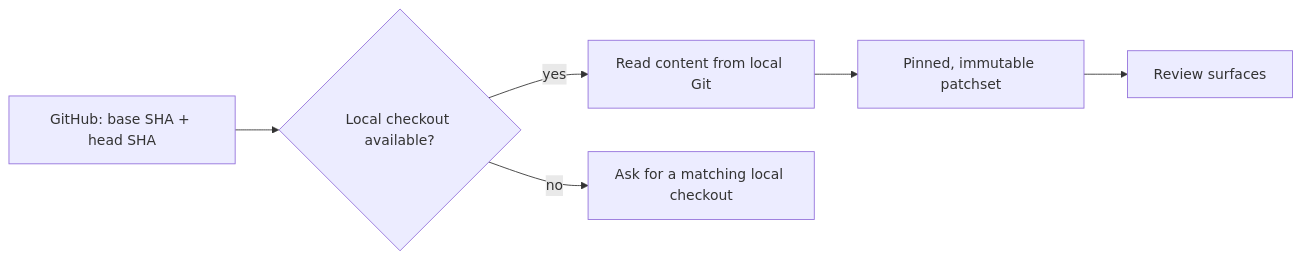
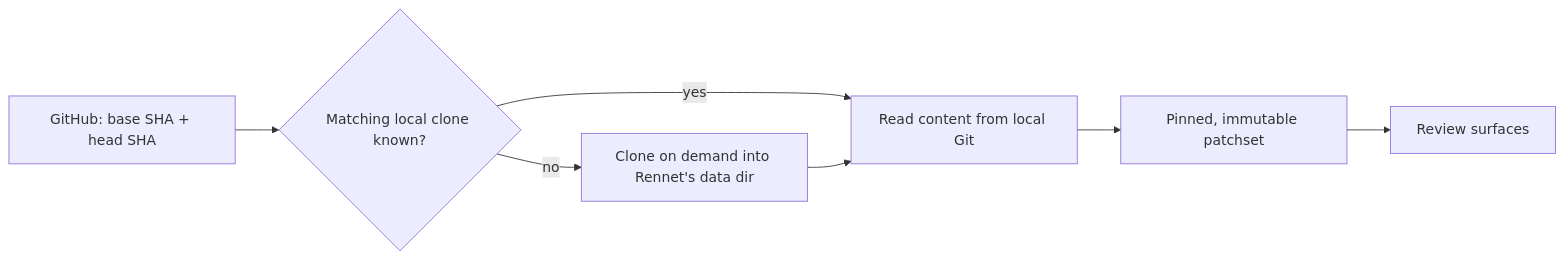
Before and after one commit to rbutera/Rennet: the second of 3 diagrams in docs/src/content/docs/using/guide/reviewing-a-github-pr.md, drawn with Mermaid. The commit also changed other lines of this file and 23 other files, not shown here.

First line of the commit message:
feat: historical PR review — state-filtered list, clone-on-demand, PR worktrees

````diff
--- a/docs/src/content/docs/using/guide/reviewing-a-github-pr.md
+++ b/docs/src/content/docs/using/guide/reviewing-a-github-pr.md
@@ -80,8 +88,9 @@
 ```mermaid
 flowchart LR
-  github["GitHub: base SHA + head SHA"] --> match{"Local checkout available?"}
+  github["GitHub: base SHA + head SHA"] --> match{"Matching local clone known?"}
   match -->|yes| local["Read content from local Git"]
-  match -->|no| blocked["Ask for a matching local checkout"]
+  match -->|no| managed["Clone on demand into Rennet's data dir"]
+  managed --> local
   local --> patchset["Pinned, immutable patchset"]
   patchset --> review["Review surfaces"]
 ```
````
